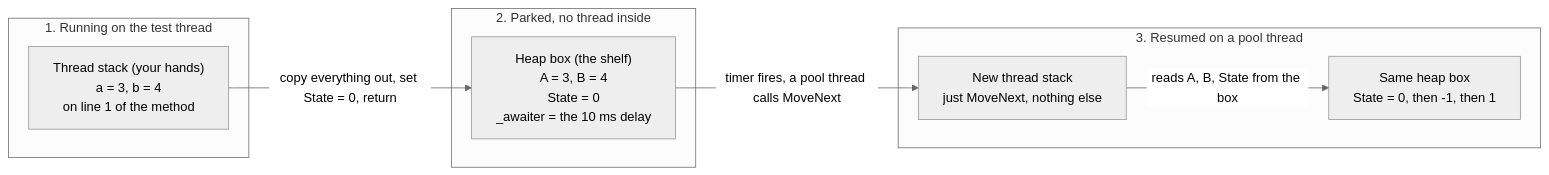
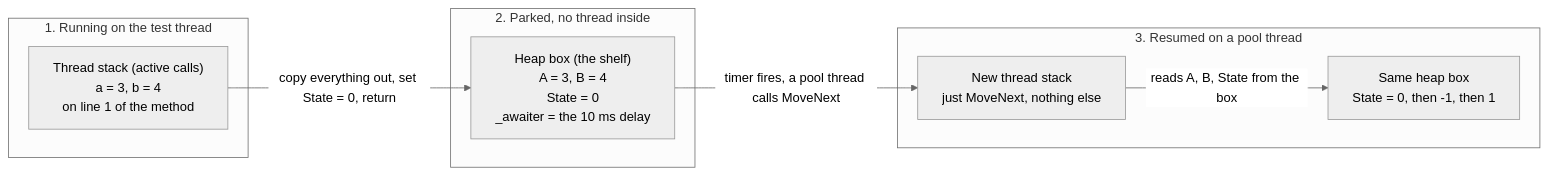
The first of 3 diagrams in docs/course/03-the-state-machine.md (mmpworks/MMP.AsyncProxy), drawn with Mermaid (neutral theme) before and after one commit. The commit also changed other lines of this file and 14 other files, not shown here.

````diff
--- a/docs/course/03-the-state-machine.md
+++ b/docs/course/03-the-state-machine.md
@@ -90,16 +92,16 @@
 ```mermaid
 flowchart LR
     subgraph T1["1. Running on the test thread"]
-        S1["Thread stack (your hands)<br/>a = 3, b = 4<br/>on line 1 of the method"]
+        S1["Thread stack (active calls)<br/>a = 3, b = 4<br/>on line 1 of the method"]
     end
     subgraph T2["2. Parked, no thread inside"]
         H2["Heap box (the shelf)<br/>A = 3, B = 4<br/>State = 0<br/>_awaiter = the 10 ms delay"]
     end
     subgraph T3["3. Resumed on a pool thread"]
         S3["New thread stack<br/>just MoveNext, nothing else"]
         H3["Same heap box<br/>State = 0, then -1, then 1"]
     end
     S1 -->|"copy everything out, set State = 0, return"| H2
     H2 -->|"timer fires, a pool thread calls MoveNext"| S3
     S3 -->|"reads A, B, State from the box"| H3
 ```
````
